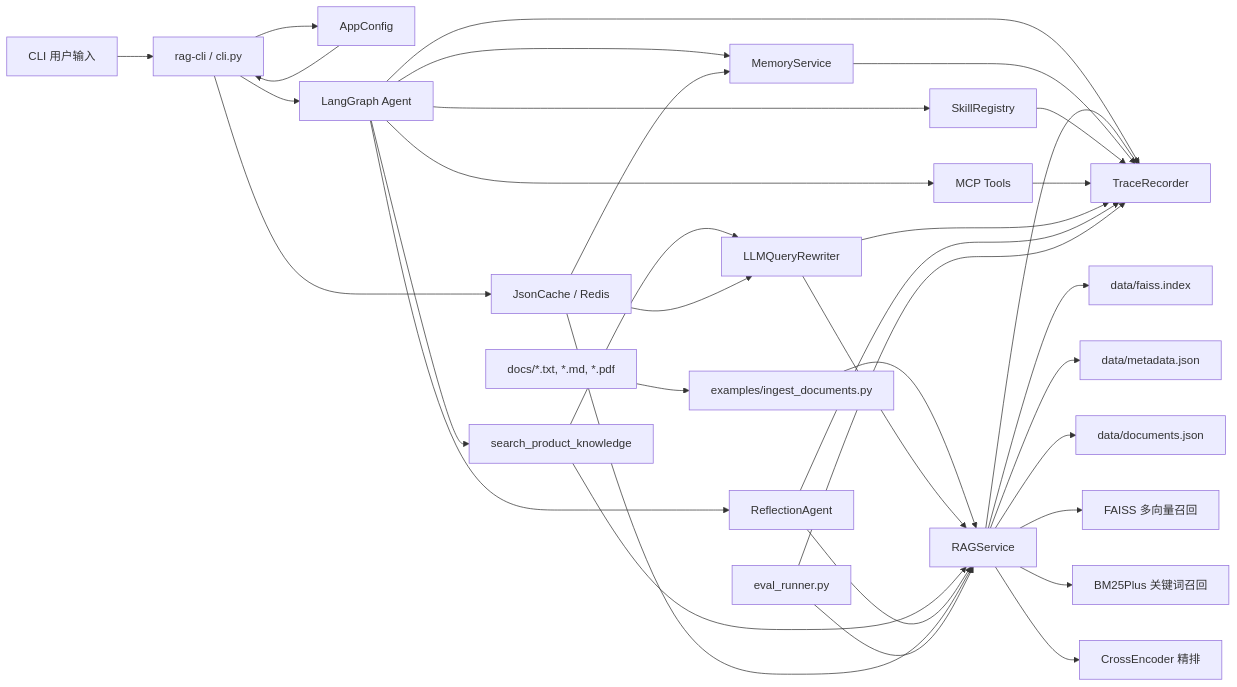
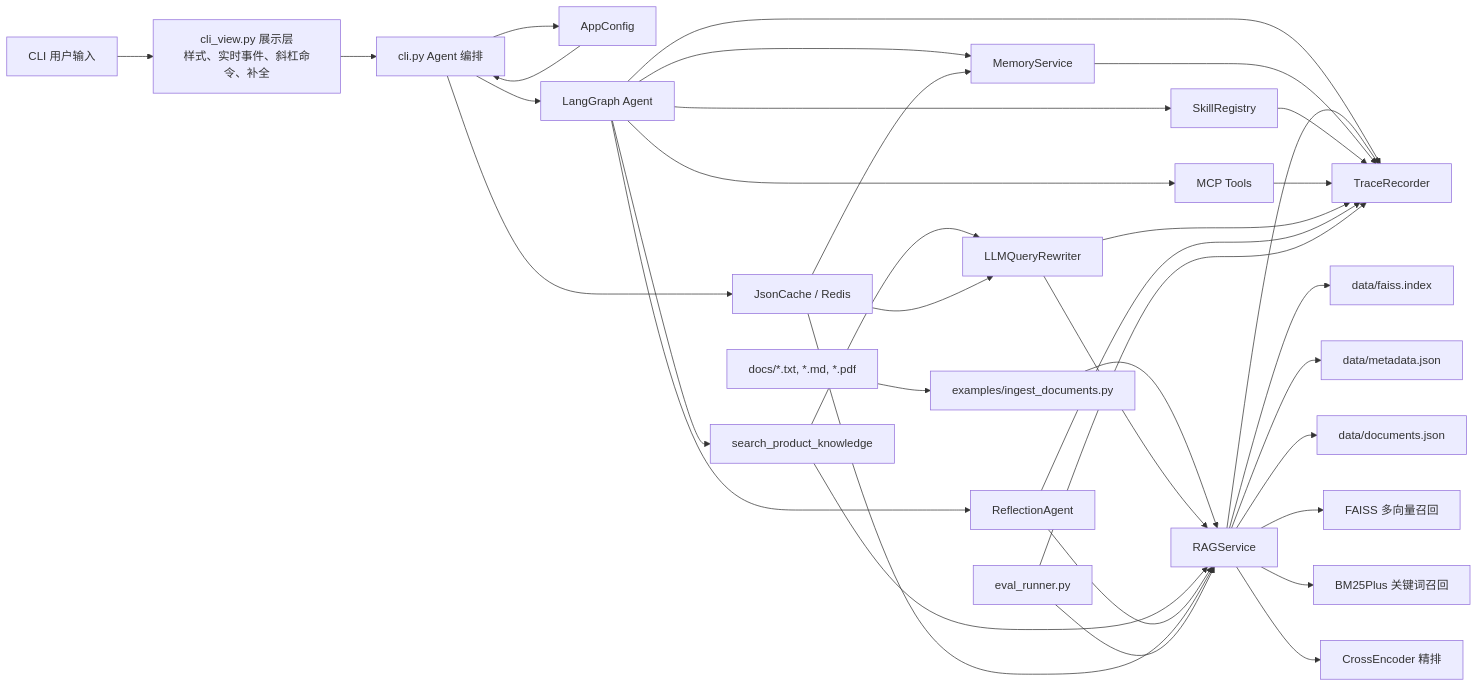
One commit to LinDifficulty/CustomerServiceAgent changed the diagram in 项目技术文档.md. Above: the diagram before and after it, drawn with Mermaid. The commit also changed other lines of this file and 39 other files, not shown here.

First line of the commit message:
2026.05.13 19：54 refactor: 项目结构重组，CLI 视图分离，迁移到 uv-only 工作流

````diff
--- a/项目技术文档.md
+++ b/项目技术文档.md
@@ -71,44 +77,45 @@
 ```mermaid
 flowchart LR
     Docs["docs/*.txt, *.md, *.pdf"] --> Ingest["examples/ingest_documents.py"]
     Ingest --> RAG["RAGService"]
     RAG --> Faiss["data/faiss.index"]
     RAG --> Metadata["data/metadata.json"]
     RAG --> Manifest["data/documents.json"]
 
-    User["CLI 用户输入"] --> CLI["rag-cli / cli.py"]
+    User["CLI 用户输入"] --> CLIView["cli_view.py 展示层<br/>样式、实时事件、斜杠命令、补全"]
+    CLIView --> CLI["cli.py Agent 编排"]
     CLI --> Config["AppConfig"]
     Config --> CLI
 
     CLI --> Agent["LangGraph Agent"]
     Agent --> Memory["MemoryService"]
     Agent --> Skill["SkillRegistry"]
     Agent --> MCP["MCP Tools"]
     Agent --> RetrievalTool["search_product_knowledge"]
 
     RetrievalTool --> Rewrite["LLMQueryRewriter"]
     Rewrite --> RAG
     RetrievalTool --> RAG
     RAG --> Vector["FAISS 多向量召回"]
     RAG --> BM25["BM25Plus 关键词召回"]
     RAG --> Rerank["CrossEncoder 精排"]
 
     Agent --> Reflection["ReflectionAgent"]
     Reflection --> RAG
 
     CLI --> Cache["JsonCache / Redis"]
     Cache --> RAG
     Cache --> Rewrite
     Cache --> Memory
 
     Agent --> Trace["TraceRecorder"]
     RAG --> Trace
     Memory --> Trace
     Skill --> Trace
     MCP --> Trace
     Rewrite --> Trace
     Reflection --> Trace
 
     Eval["eval_runner.py"] --> RAG
     Eval --> Trace
 ```
````
